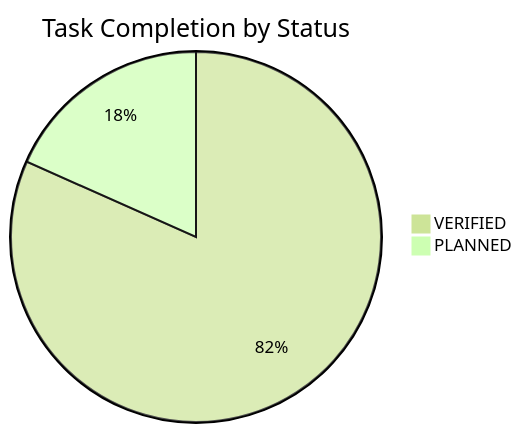
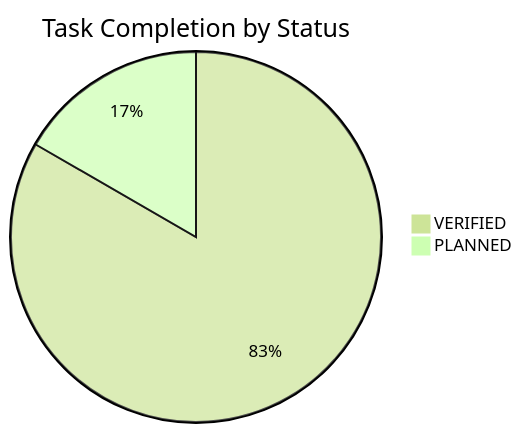
The diagram in docs/TASK_BOARD.md (NguyenTriBaoThang/ClearWayAI), drawn with Mermaid (forest theme) before and after one commit. The commit also changed other lines of this file and 3 other files, not shown here.

````diff
--- a/docs/TASK_BOARD.md
+++ b/docs/TASK_BOARD.md
@@ -16,5 +16,5 @@
 ```mermaid
 pie title Task Completion by Status
-    "VERIFIED" : 49
-    "PLANNED" : 11
+    "VERIFIED" : 50
+    "PLANNED" : 10
 ```
````
